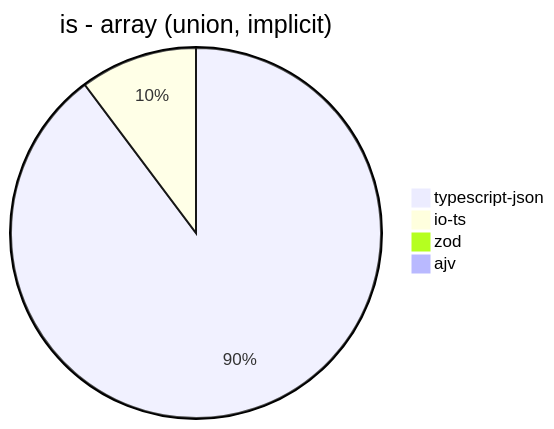
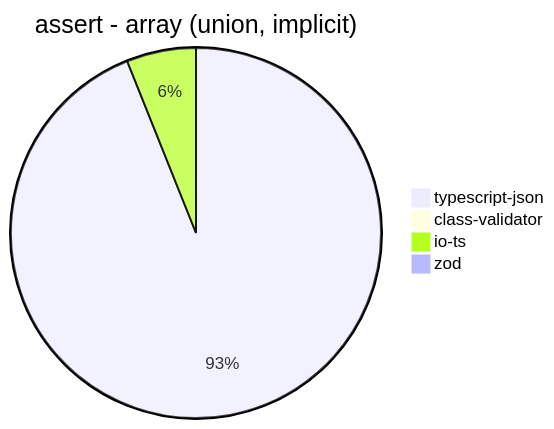
Before and after one commit to samchon/typia: diagram 15 of 40 in benchmark/results/AMD Ryzen 9 5900HX with Radeon Graphics.md, drawn with Mermaid. The commit also changed other lines of this file and 2 other files, not shown here.

````diff
--- a/benchmark/results/AMD Ryzen 9 5900HX with Radeon Graphics.md
+++ b/benchmark/results/AMD Ryzen 9 5900HX with Radeon Graphics.md
@@ -156,7 +172,7 @@
 ```mermaid
-pie title is - array (union, implicit)
-  "typescript-json": 4063.9767357324613
-  "io-ts": 463.86430678466076
-  "zod": 3.9878465628560575
-  "ajv": 0
+pie title assert - array (union, implicit)
+  "typescript-json": 2006.63082437276
+  "class-validator": 10.056683123057232
+  "io-ts": 129.4776119402985
+  "zod": 4.1368935690109065
 ```
````
